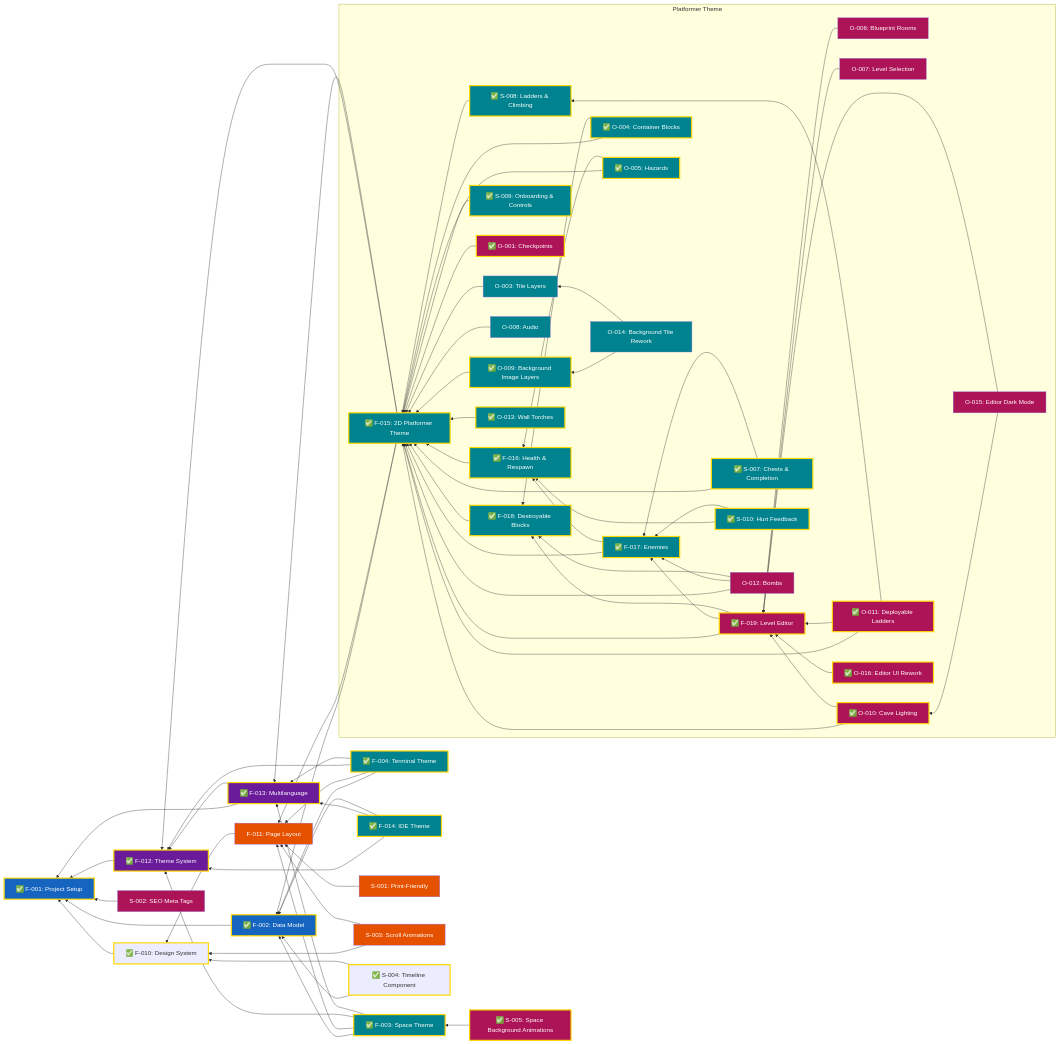
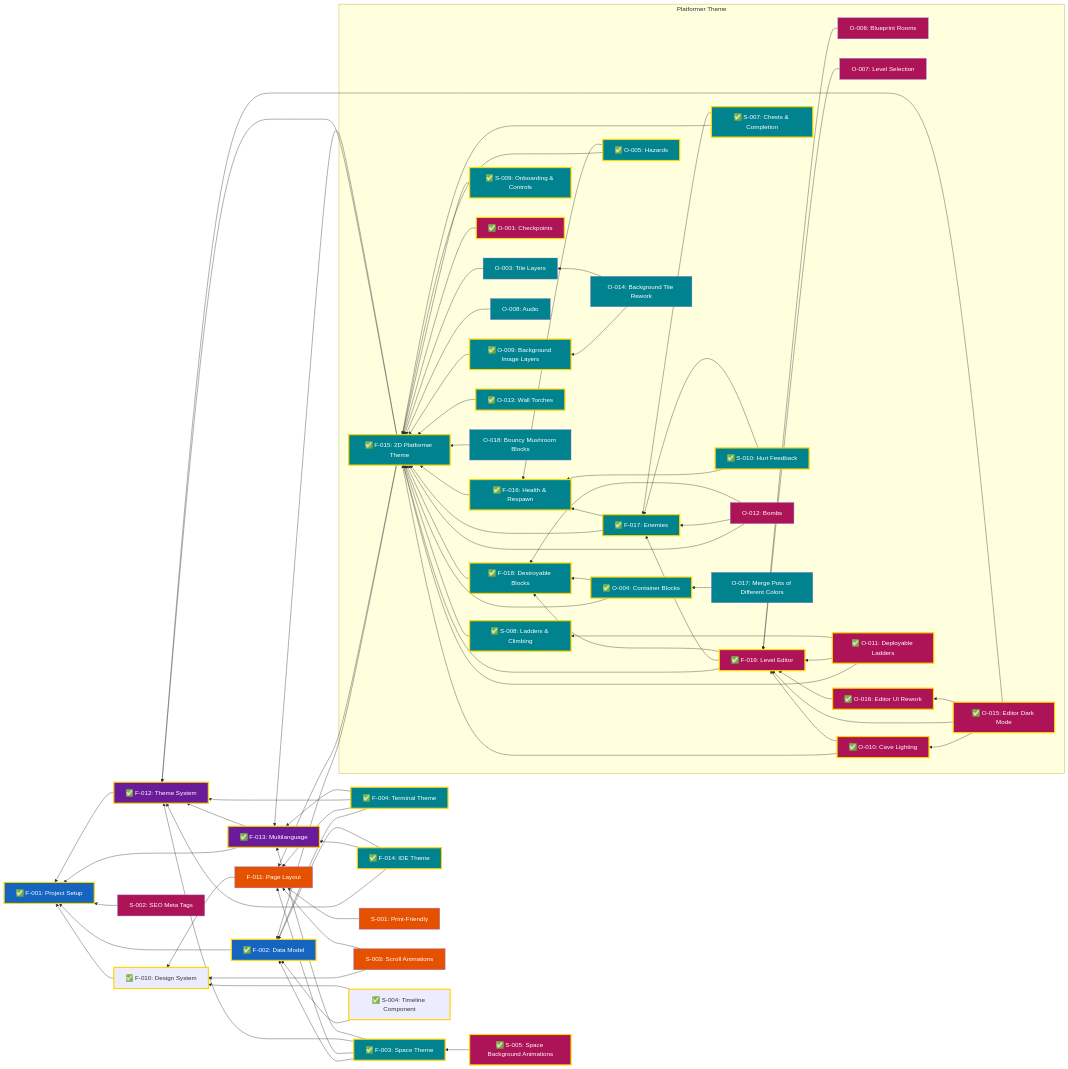
Before and after one commit to garcipat/cv-website: the diagram in docs/Features.md, drawn with Mermaid. The commit also changed 30 other files, not shown here.

First line of the commit message:
feat(editor): add editor-owned dark mode with cave-lighting preview

````diff
--- a/docs/Features.md
+++ b/docs/Features.md
@@ -46,8 +46,10 @@
         O012["O-012: Bombs"]
         O013["✅ O-013: Wall Torches"]
         O014["O-014: Background Tile Rework"]
-        O015["O-015: Editor Dark Mode"]
+        O015["✅ O-015: Editor Dark Mode"]
         O016["✅ O-016: Editor UI Rework"]
+        O017["O-017: Merge Pots of Different Colors"]
+        O018["O-018: Bouncy Mushroom Blocks"]
     end
 
     F003 --> F002
@@ -114,7 +116,12 @@
     O014 --> O003
     O015 --> O010
     O015 --> F019
+    O015 --> O016
+    O015 --> F012
     O016 --> F019
+
+    O017 --> O004
+    O018 --> F015
 
     classDef done stroke:#FFD600,stroke-width:3px
     classDef projectSetup fill:#1565C0,color:#ffffff
@@ -140,6 +147,8 @@
     class O001 done
     class S005 done
     class F015,F016,F017,F018,S007,S008,S009,S010,O003,O004,O005,O008,O009,O013,O014 themes
+    class O017 themes
+    class O018 themes
     class F019,O006,O007,O010,O011,O012,O015,O016 enhancements
     class F015,F016,F017,F018,F019,S007,S008,S009,S010,O004,O005,O009 done
     class O013 done
@@ -147,6 +156,7 @@
     class O011 done
     class O014 themes
     class O015 enhancements
+    class O015 done
     class O016 enhancements
     class O016 done
 ```
````
